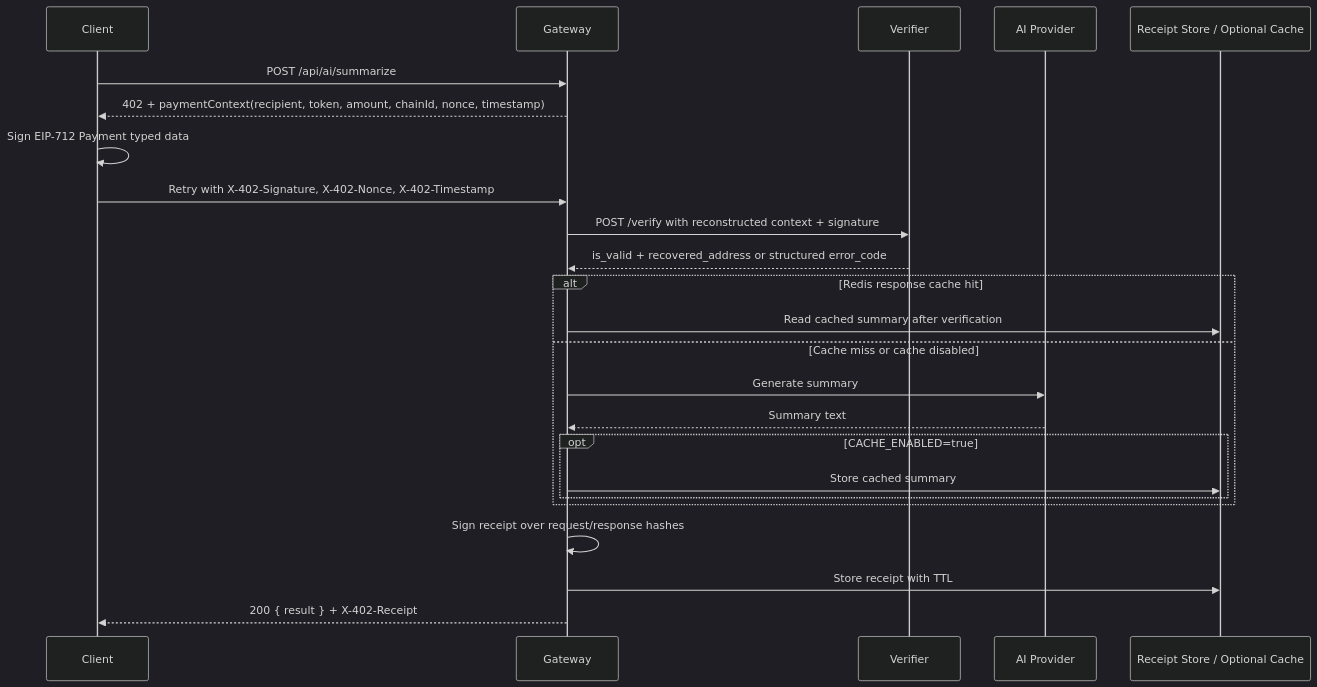
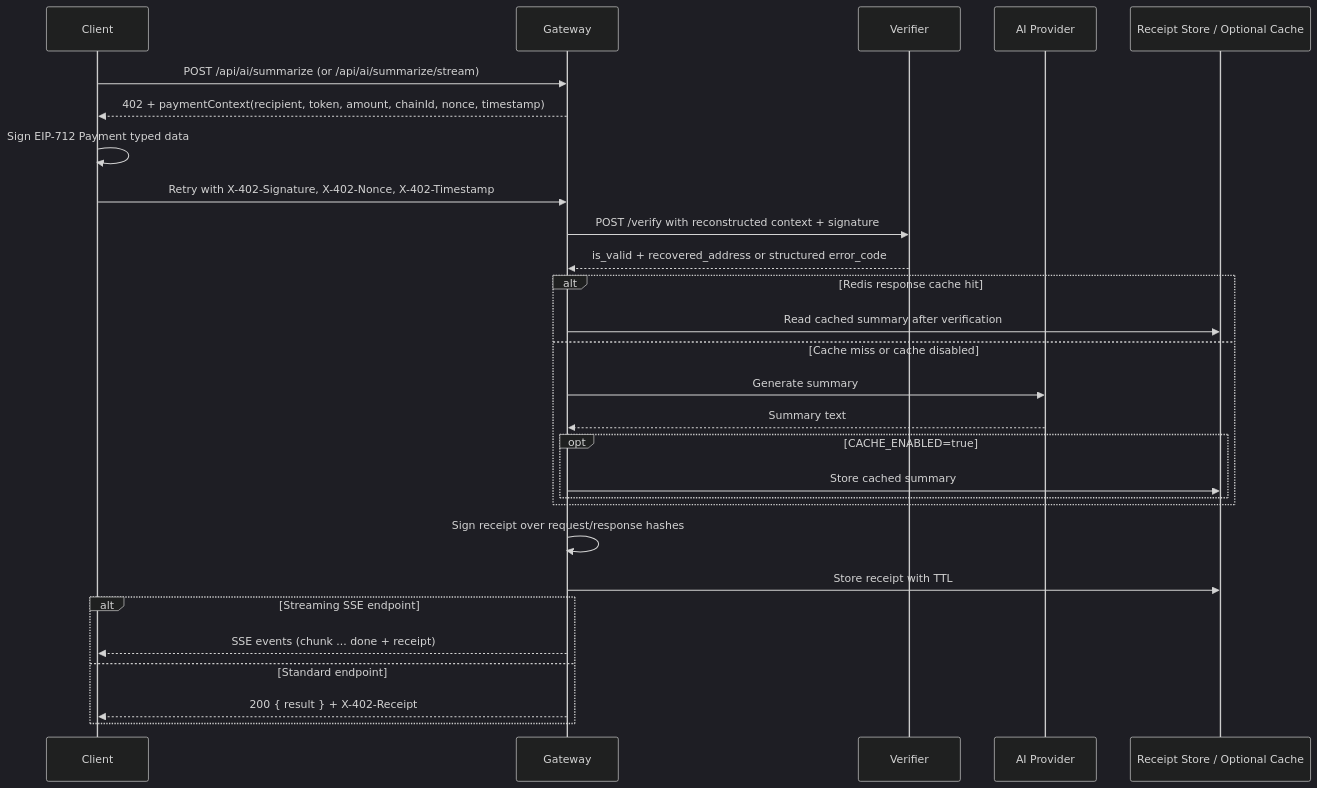
The third of 4 diagrams in README.md (AnkanMisra/MicroAI-Paygate), drawn with Mermaid (dark theme) before and after one commit. The commit also changed other lines of this file and 4 other files, not shown here.

````diff
--- a/README.md
+++ b/README.md
@@ -162,27 +166,31 @@
 ```mermaid
 sequenceDiagram
     participant C as Client
     participant G as Gateway
     participant V as Verifier
     participant A as AI Provider
     participant R as Receipt Store / Optional Cache
 
-    C->>G: POST /api/ai/summarize
+    C->>G: POST /api/ai/summarize (or /api/ai/summarize/stream)
     G-->>C: 402 + paymentContext(recipient, token, amount, chainId, nonce, timestamp)
     C->>C: Sign EIP-712 Payment typed data
     C->>G: Retry with X-402-Signature, X-402-Nonce, X-402-Timestamp
     G->>V: POST /verify with reconstructed context + signature
     V-->>G: is_valid + recovered_address or structured error_code
     alt Redis response cache hit
       G->>R: Read cached summary after verification
     else Cache miss or cache disabled
       G->>A: Generate summary
       A-->>G: Summary text
       opt CACHE_ENABLED=true
         G->>R: Store cached summary
       end
     end
     G->>G: Sign receipt over request/response hashes
     G->>R: Store receipt with TTL
-    G-->>C: 200 { result } + X-402-Receipt
+    alt Streaming SSE endpoint
+      G-->>C: SSE events (chunk ... done + receipt)
+    else Standard endpoint
+      G-->>C: 200 { result } + X-402-Receipt
+    end
 ```
````
